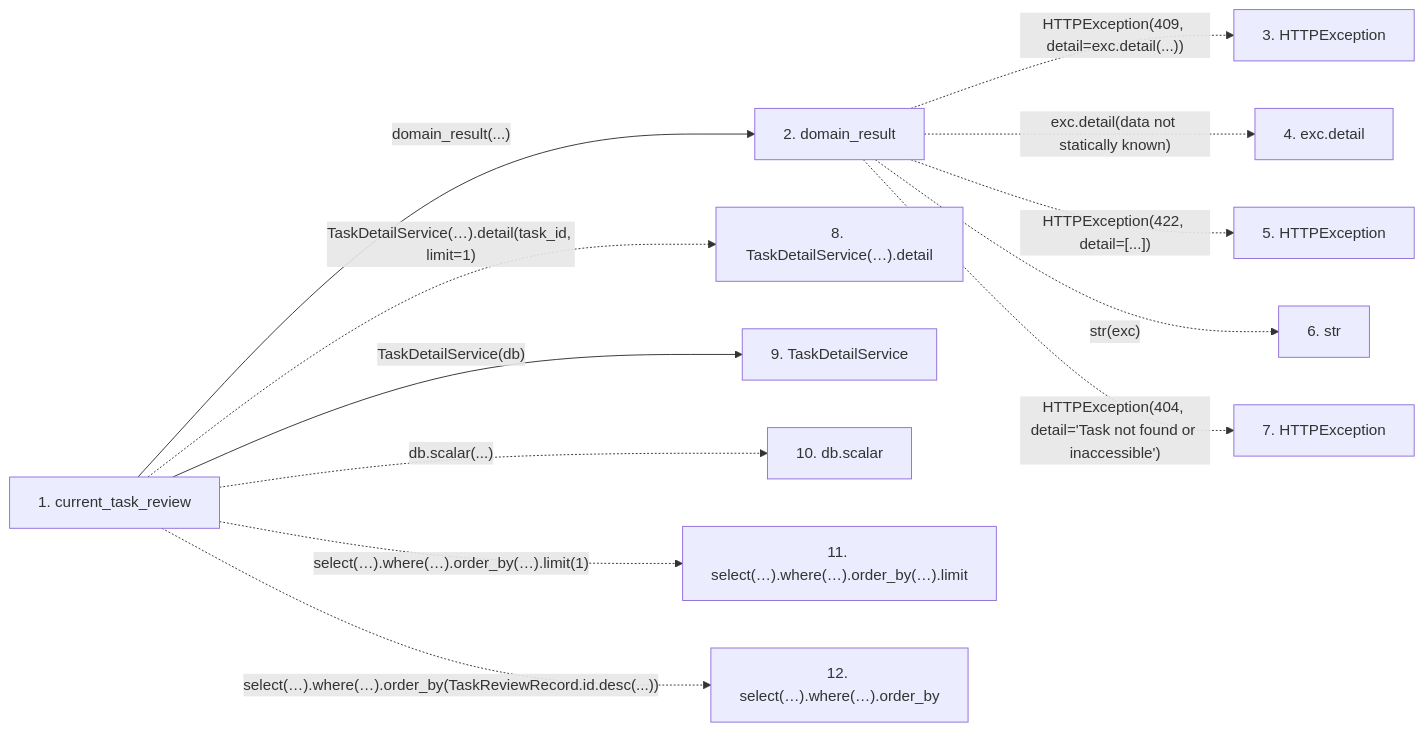
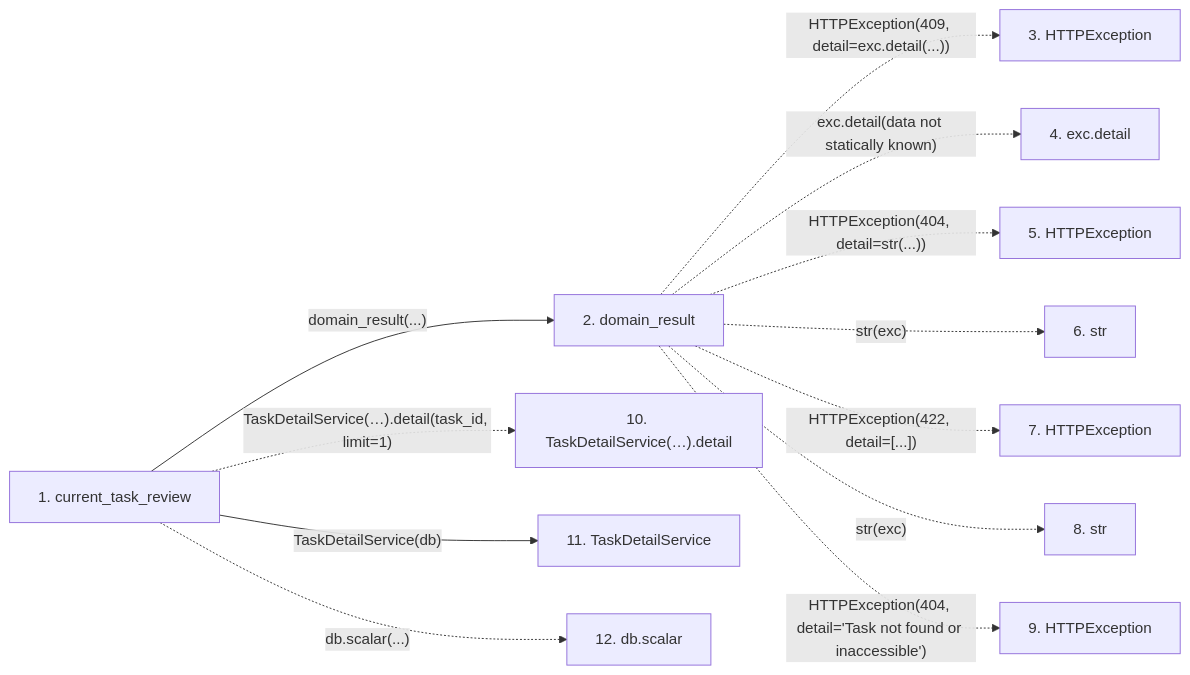
One commit to Denissvgn/WorkChord changed the second of 2 diagrams in docs/llm_wiki/flows/http-current_task_review.md. Above: the diagram before and after it, drawn with Mermaid. The commit also changed other lines of this file and 623 other files, not shown here.

````diff
--- a/docs/llm_wiki/flows/http-current_task_review.md
+++ b/docs/llm_wiki/flows/http-current_task_review.md
@@ -44,29 +46,29 @@
 ```mermaid
 flowchart LR
     s1["1. current_task_review"]
     s2["2. domain_result"]
     s3["3. HTTPException"]
     s4["4. exc.detail"]
     s5["5. HTTPException"]
     s6["6. str"]
     s7["7. HTTPException"]
-    s8["8. TaskDetailService(…).detail"]
-    s9["9. TaskDetailService"]
-    s10["10. db.scalar"]
-    s11["11. select(…).where(…).order_by(…).limit"]
-    s12["12. select(…).where(…).order_by"]
+    s8["8. str"]
+    s9["9. HTTPException"]
+    s10["10. TaskDetailService(…).detail"]
+    s11["11. TaskDetailService"]
+    s12["12. db.scalar"]
     s1 -->|"domain_result(...)"| s2
     s2 -. "HTTPException(409, detail=exc.detail(...))" .-> s3
     s2 -. "exc.detail(data not statically known)" .-> s4
-    s2 -. "HTTPException(422, detail=[...])" .-> s5
+    s2 -. "HTTPException(404, detail=str(...))" .-> s5
     s2 -. "str(exc)" .-> s6
-    s2 -. "HTTPException(404, detail='Task not found or inaccessible')" .-> s7
-    s1 -. "TaskDetailService(…).detail(task_id, limit=1)" .-> s8
-    s1 -->|"TaskDetailService(db)"| s9
-    s1 -. "db.scalar(...)" .-> s10
-    s1 -. "select(…).where(…).order_by(…).limit(1)" .-> s11
-    s1 -. "select(…).where(…).order_by(TaskReviewRecord.id.desc(...))" .-> s12
+    s2 -. "HTTPException(422, detail=[...])" .-> s7
+    s2 -. "str(exc)" .-> s8
+    s2 -. "HTTPException(404, detail='Task not found or inaccessible')" .-> s9
+    s1 -. "TaskDetailService(…).detail(task_id, limit=1)" .-> s10
+    s1 -->|"TaskDetailService(db)"| s11
+    s1 -. "db.scalar(...)" .-> s12
     click s1 "../modules/routers_task_domain.md"
     click s2 "../modules/routers_task_domain.md"
-    click s9 "../modules/task_detail_service.md"
+    click s11 "../modules/task_detail_service.md"
 ```
````
